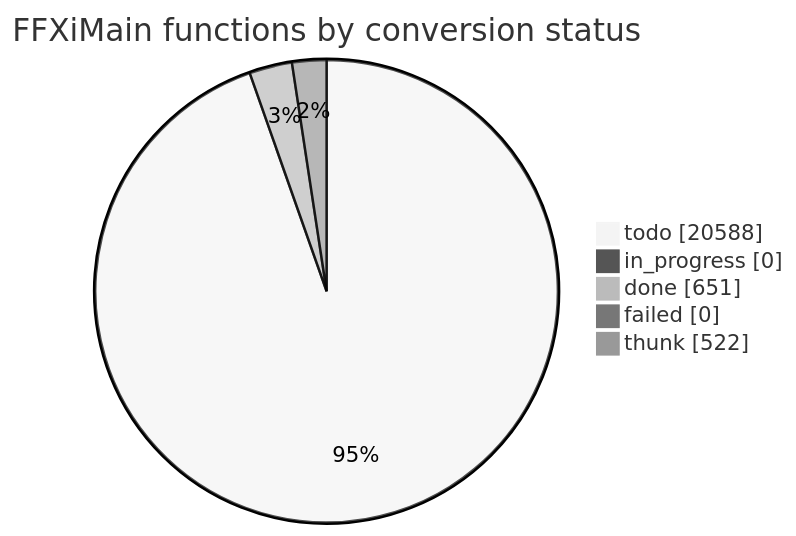
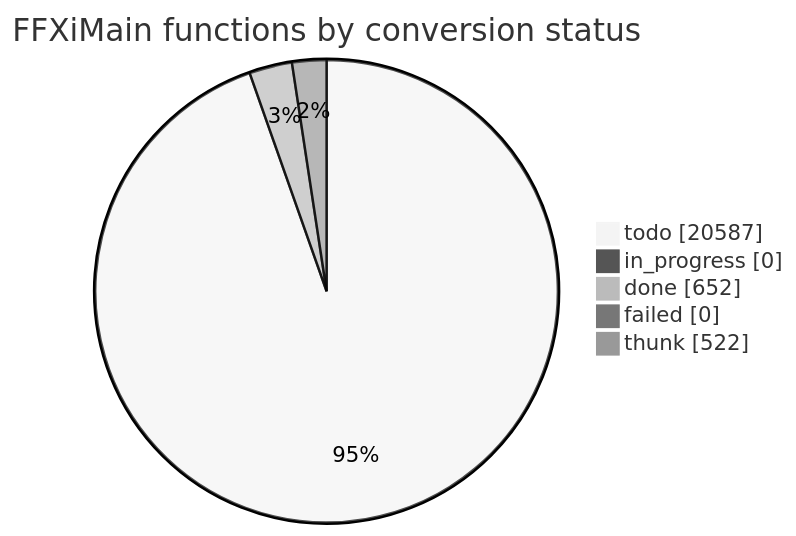
Before and after one commit to cowrevenge/cow_kuluu_xi_anything: the diagram in docs/cow/STATUS.md, drawn with Mermaid (neutral theme). The commit also changed other lines of this file and 9 other files, not shown here.

````diff
--- a/docs/cow/STATUS.md
+++ b/docs/cow/STATUS.md
@@ -18,9 +18,9 @@
 ```mermaid
 pie showData
     title FFXiMain functions by conversion status
-    "todo" : 20588
+    "todo" : 20587
     "in_progress" : 0
-    "done" : 651
+    "done" : 652
     "failed" : 0
     "thunk" : 522
 ```
````
